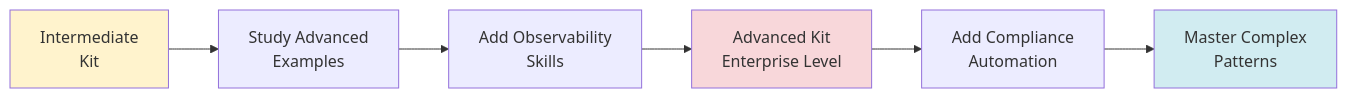
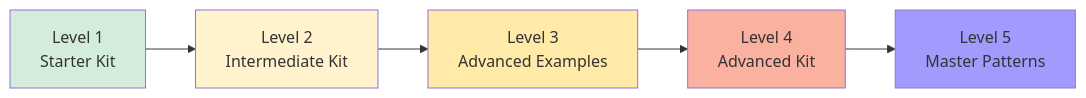
The second of 2 diagrams in README.md (Dexploarer/claudius-skills), drawn with Mermaid before and after one commit. The commit also changed other lines of this file and 22 other files, not shown here.

````diff
--- a/README.md
+++ b/README.md
@@ -506,12 +187,13 @@
 ```mermaid
 graph LR
-    A[Intermediate<br/>Kit] --> B[Study Advanced<br/>Examples]
-    B --> C[Add Observability<br/>Skills]
-    C --> D[Advanced Kit<br/>Enterprise Level]
-    D --> E[Add Compliance<br/>Automation]
-    E --> F[Master Complex<br/>Patterns]
+    L1[Level 1<br/>Starter Kit] --> L2[Level 2<br/>Intermediate Kit]
+    L2 --> L3[Level 3<br/>Advanced Examples]
+    L3 --> L4[Level 4<br/>Advanced Kit]
+    L4 --> L5[Level 5<br/>Master Patterns]
 
-    style A fill:#fff3cd
-    style D fill:#f8d7da
-    style F fill:#d1ecf1
+    style L1 fill:#d4edda
+    style L2 fill:#fff3cd
+    style L3 fill:#ffeaa7
+    style L4 fill:#fab1a0
+    style L5 fill:#a29bfe
 ```
````
